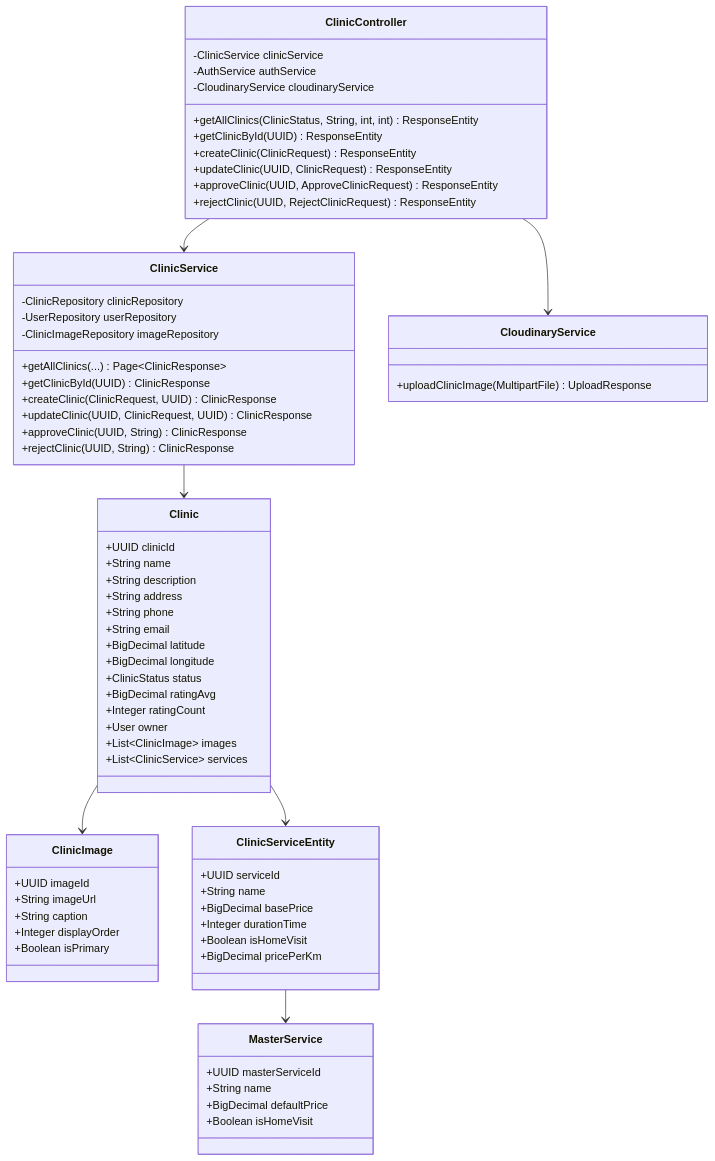
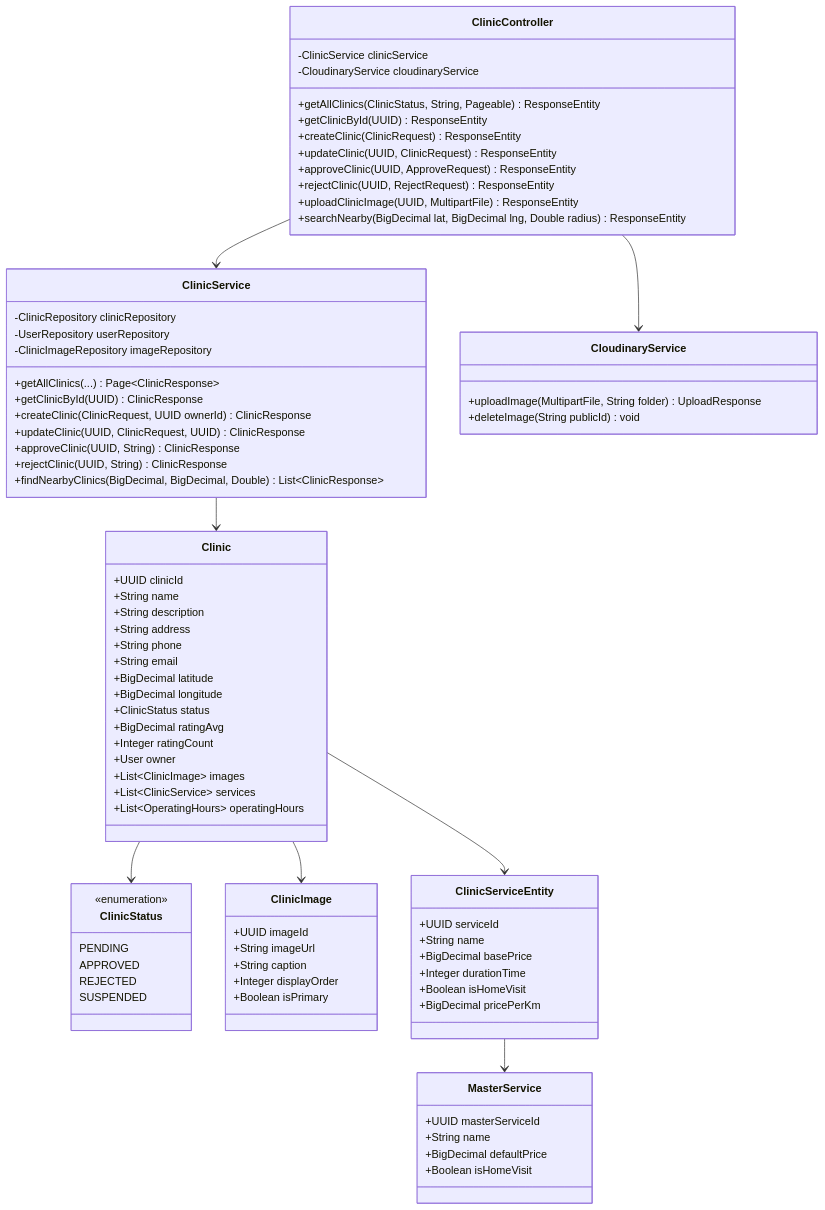
One commit to espresso23/Petties-Veterinary-Appointment-Booking-Platform changed diagram 12 of 28 in docs-references/documentation/SDD/REPORT_4_SDD_SYSTEM_DESIGN.md. Above: the diagram before and after it, drawn with Mermaid. The commit also changed other lines of this file and 3 other files, not shown here.

Commit message:
docs: standardize SRS/SDD formats and fix sequence diagram notation

```diff
--- a/docs-references/documentation/SDD/REPORT_4_SDD_SYSTEM_DESIGN.md
+++ b/docs-references/documentation/SDD/REPORT_4_SDD_SYSTEM_DESIGN.md
@@ -893,14 +1106,15 @@
 classDiagram
     class ClinicController {
         -ClinicService clinicService
-        -AuthService authService
         -CloudinaryService cloudinaryService
-        +getAllClinics(ClinicStatus, String, int, int) ResponseEntity
+        +getAllClinics(ClinicStatus, String, Pageable) ResponseEntity
         +getClinicById(UUID) ResponseEntity
         +createClinic(ClinicRequest) ResponseEntity
         +updateClinic(UUID, ClinicRequest) ResponseEntity
-        +approveClinic(UUID, ApproveClinicRequest) ResponseEntity
-        +rejectClinic(UUID, RejectClinicRequest) ResponseEntity
+        +approveClinic(UUID, ApproveRequest) ResponseEntity
+        +rejectClinic(UUID, RejectRequest) ResponseEntity
+        +uploadClinicImage(UUID, MultipartFile) ResponseEntity
+        +searchNearby(BigDecimal lat, BigDecimal lng, Double radius) ResponseEntity
     }
 
     class ClinicService {
@@ -909,12 +1123,12 @@
         -ClinicImageRepository imageRepository
         +getAllClinics(...) Page~ClinicResponse~
         +getClinicById(UUID) ClinicResponse
-        +createClinic(ClinicRequest, UUID) ClinicResponse
+        +createClinic(ClinicRequest, UUID ownerId) ClinicResponse
         +updateClinic(UUID, ClinicRequest, UUID) ClinicResponse
         +approveClinic(UUID, String) ClinicResponse
         +rejectClinic(UUID, String) ClinicResponse
+        +findNearbyClinics(BigDecimal, BigDecimal, Double) List~ClinicResponse~
     }
-
 
     class Clinic {
         +UUID clinicId
@@ -931,6 +1145,15 @@
         +User owner
         +List~ClinicImage~ images
         +List~ClinicService~ services
+        +List~OperatingHours~ operatingHours
+    }
+
+    class ClinicStatus {
+        <<enumeration>>
+        PENDING
+        APPROVED
+        REJECTED
+        SUSPENDED
     }
 
     class ClinicImage {
@@ -958,12 +1181,14 @@
     }
 
     class CloudinaryService {
-        +uploadClinicImage(MultipartFile) UploadResponse
+        +uploadImage(MultipartFile, String folder) UploadResponse
+        +deleteImage(String publicId) void
     }
 
     ClinicController --> ClinicService
     ClinicController --> CloudinaryService
     ClinicService --> Clinic
+    Clinic --> ClinicStatus
     Clinic --> ClinicImage
     Clinic --> ClinicServiceEntity
     ClinicServiceEntity --> MasterService
```
